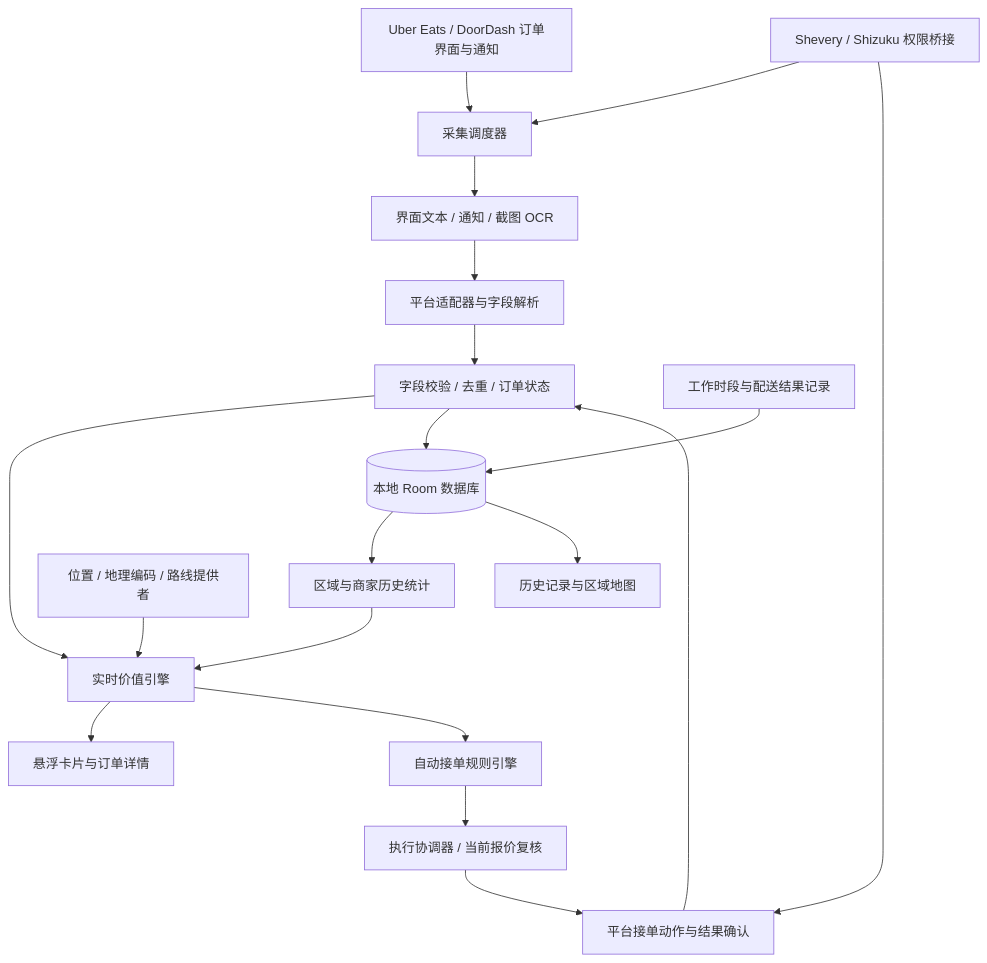
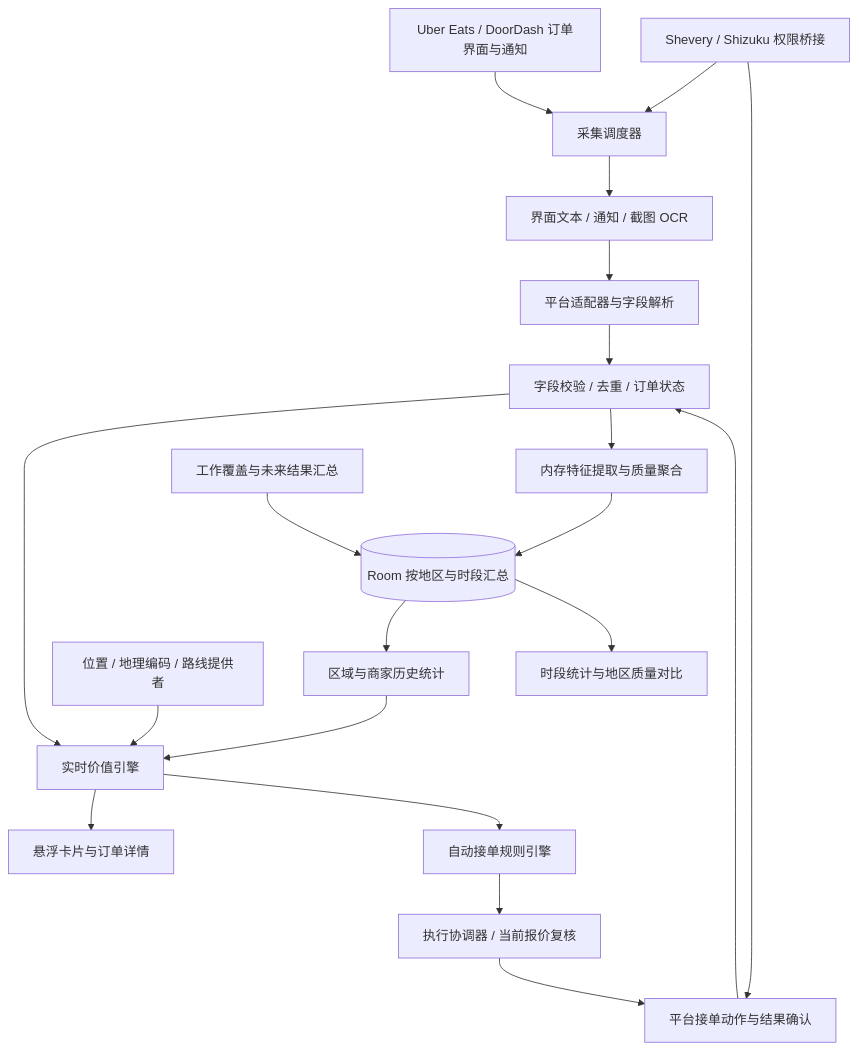
One commit to pennyMorant/offer-pilot changed the diagram in docs/architecture.md. Above: the diagram before and after it, drawn with Mermaid. The commit also changed other lines of this file and 7 other files, not shown here.

````diff
--- a/docs/architecture.md
+++ b/docs/architecture.md
@@ -26,21 +26,22 @@
 ```mermaid
 flowchart TD
     A[Uber Eats / DoorDash 订单界面与通知] --> B[采集调度器]
     S[Shevery / Shizuku 权限桥接] --> B
     B --> C[界面文本 / 通知 / 截图 OCR]
     C --> D[平台适配器与字段解析]
     D --> E[字段校验 / 去重 / 订单状态]
     E --> F[实时价值引擎]
     G[区域与商家历史统计] --> F
     H[位置 / 地理编码 / 路线提供者] --> F
     F --> I[悬浮卡片与订单详情]
     F --> M[自动接单规则引擎]
     M --> N[执行协调器 / 当前报价复核]
     N --> O[平台接单动作与结果确认]
     S --> O
     O --> E
-    E --> J[(本地 Room 数据库)]
-    K[工作时段与配送结果记录] --> J
+    E --> P[内存特征提取与质量聚合]
+    P --> J[(Room 按地区与时段汇总)]
+    K[工作覆盖与未来结果汇总] --> J
     J --> G
-    J --> L[历史记录与区域地图]
+    J --> L[时段统计与地区质量对比]
 ```
````
